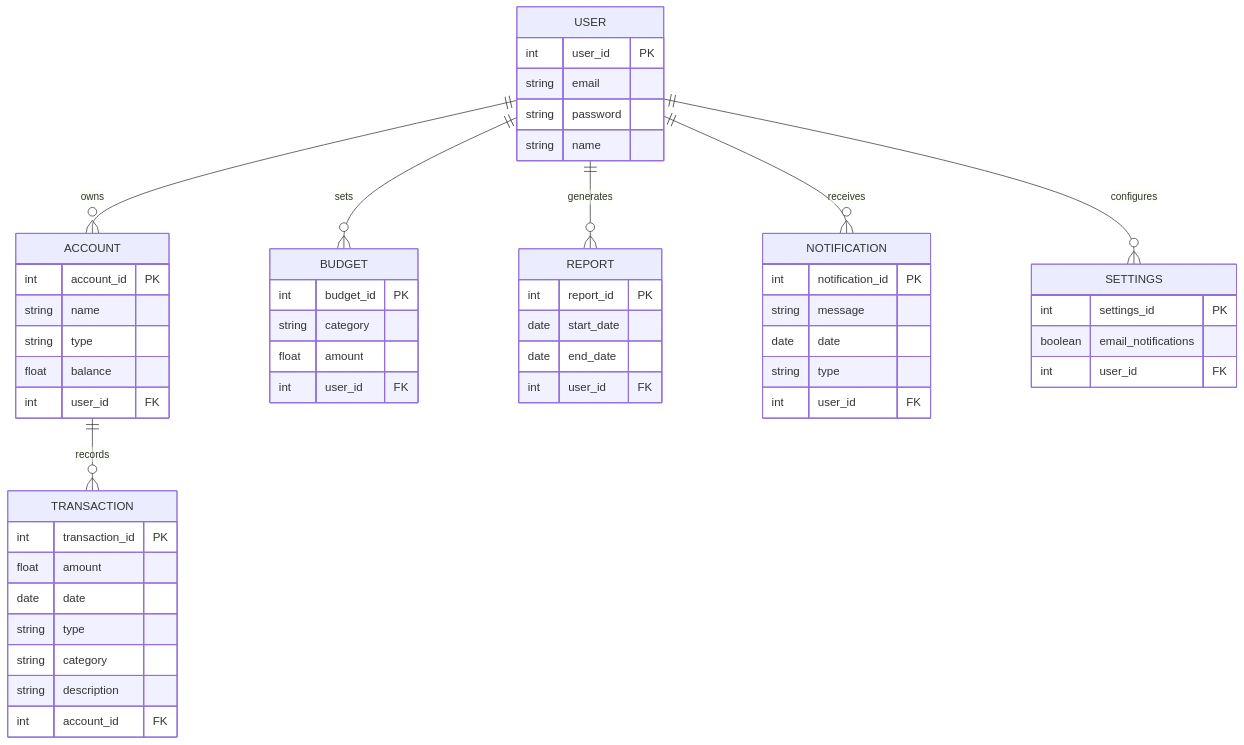
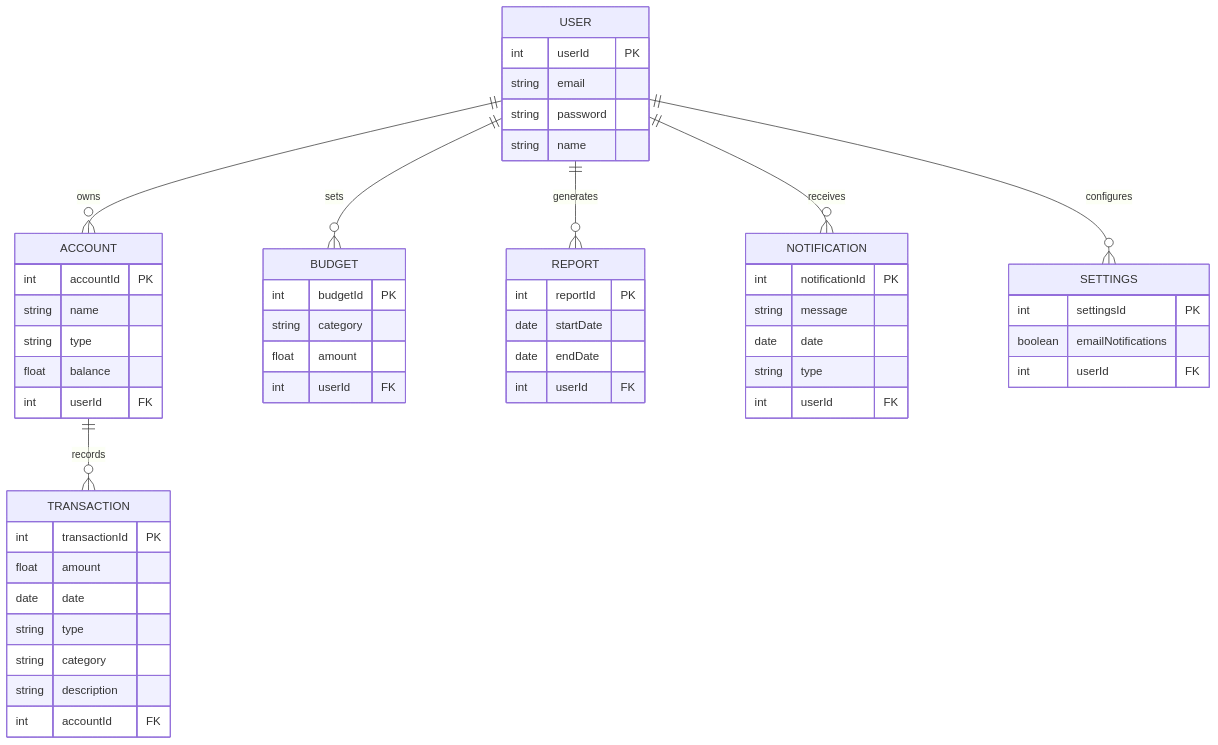
Before and after one commit to kentayamada-centennial/Personal-Finance-Management-App: the first of 2 diagrams in README.md, drawn with Mermaid. The commit also changed other lines of this file, not shown here.

````diff
--- a/README.md
+++ b/README.md
@@ -99,62 +99,62 @@
 ```mermaid
 erDiagram
     USER {
-        int user_id PK
+        int userId PK
         string email
         string password
         string name
     }
     
     ACCOUNT {
-        int account_id PK
+        int accountId PK
         string name
         string type
         float balance
-        int user_id FK
+        int userId FK
     }
 
     TRANSACTION {
-        int transaction_id PK
+        int transactionId PK
         float amount
         date date
         string type
         string category
         string description
-        int account_id FK
+        int accountId FK
     }
     
     BUDGET {
-        int budget_id PK
+        int budgetId PK
         string category
         float amount
-        int user_id FK
+        int userId FK
     }
     
     REPORT {
-        int report_id PK
-        date start_date
-        date end_date
-        int user_id FK
+        int reportId PK
+        date startDate
+        date endDate
+        int userId FK
     }
     
     NOTIFICATION {
-        int notification_id PK
+        int notificationId PK
         string message
         date date
         string type
-        int user_id FK
+        int userId FK
     }
     
     SETTINGS {
-        int settings_id PK
-        boolean email_notifications
-        int user_id FK
+        int settingsId PK
+        boolean emailNotifications
+        int userId FK
     }
     
     USER ||--o{ ACCOUNT: owns
     USER ||--o{ BUDGET: sets
     USER ||--o{ REPORT: generates
     USER ||--o{ NOTIFICATION: receives
     USER ||--o{ SETTINGS: configures
     ACCOUNT ||--o{ TRANSACTION: records
 ```
````
